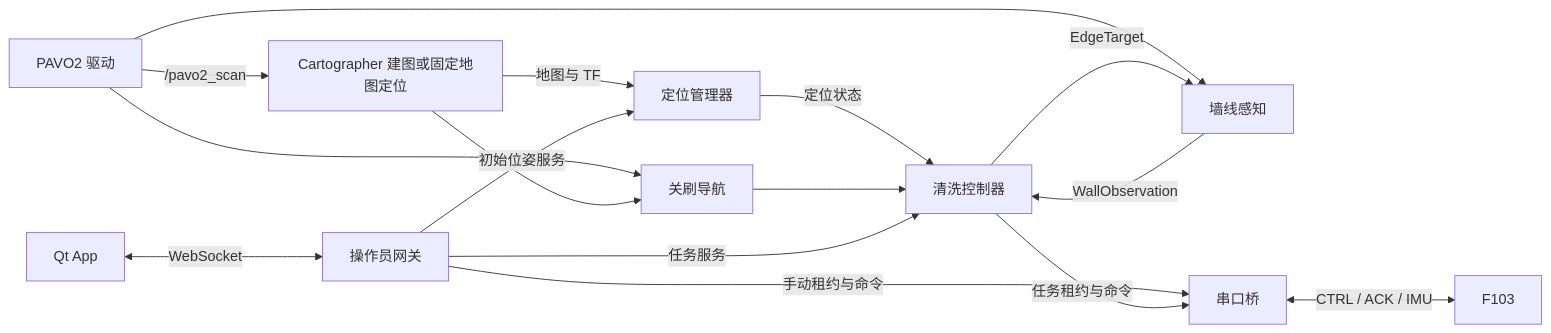
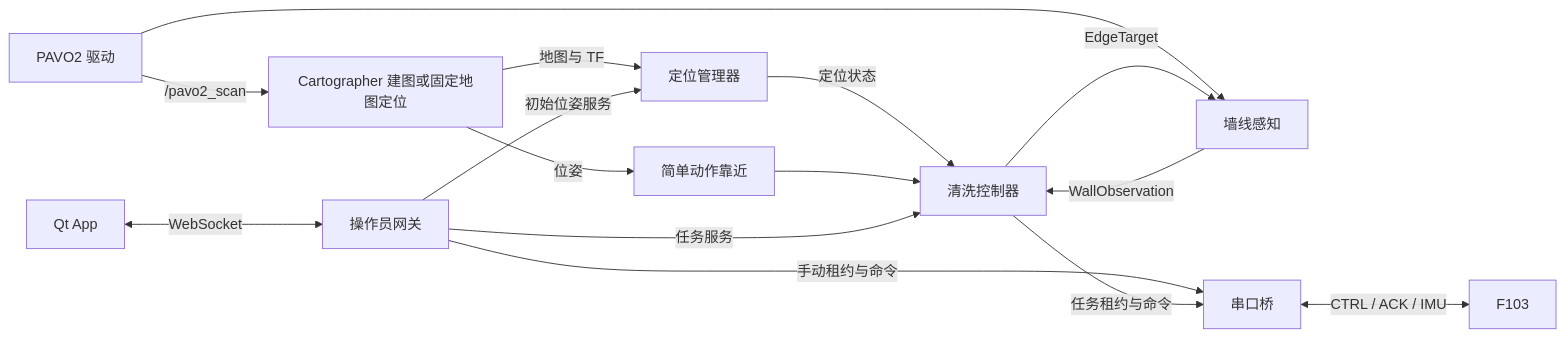
The diagram in docs/ARCHITECTURE.md (YYYKblue/surface_robot), drawn with Mermaid before and after one commit. The commit also changed other lines of this file and 27 other files, not shown here.

````diff
--- a/docs/ARCHITECTURE.md
+++ b/docs/ARCHITECTURE.md
@@ -25,18 +25,17 @@
 ```mermaid
 flowchart LR
     L[PAVO2 驱动] -->|/pavo2_scan| SLAM[Cartographer 建图或固定地图定位]
     L --> P[墙线感知]
-    L --> N[关刷导航]
+    SLAM -->|位姿| N[简单动作靠近]
     SLAM -->|地图与 TF| LOC[定位管理器]
-    SLAM --> N
     LOC -->|定位状态| C[清洗控制器]
     P -->|WallObservation| C
     C -->|EdgeTarget| P
     N --> C
     APP[Qt App] <-->|WebSocket| G[操作员网关]
     G -->|任务服务| C
     G -->|初始位姿服务| LOC
     G -->|手动租约与命令| B[串口桥]
     C -->|任务租约与命令| B
     B <-->|CTRL / ACK / IMU| MCU[F103]
 ```
````
